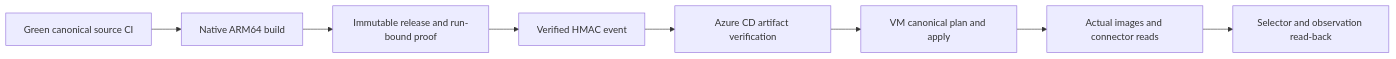
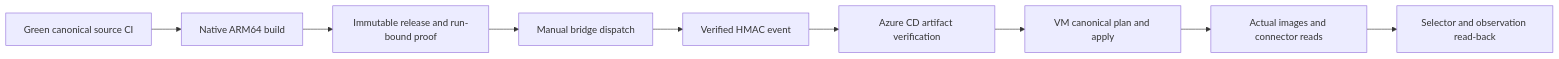
One commit to DoHorizon-AI/Cyrene-Workspace changed the diagram in tooling/deploy/teams-cloud/AUTOMATIC_DEPLOYMENT.md. Above: the diagram before and after it, drawn with Mermaid. The commit also changed other lines of this file and 3 other files, not shown here.

Commit message:
ci(workspace): make Teams cloud bridge manual-only

````diff
--- a/tooling/deploy/teams-cloud/AUTOMATIC_DEPLOYMENT.md
+++ b/tooling/deploy/teams-cloud/AUTOMATIC_DEPLOYMENT.md
@@ -11,10 +20,11 @@
 ```mermaid
 flowchart LR
   A[Green canonical source CI] --> B[Native ARM64 build]
   B --> C[Immutable release and run-bound proof]
-  C --> D[Verified HMAC event]
-  D --> E[Azure CD artifact verification]
-  E --> F[VM canonical plan and apply]
-  F --> G[Actual images and connector reads]
-  G --> H[Selector and observation read-back]
+  C --> D[Manual bridge dispatch]
+  D --> E[Verified HMAC event]
+  E --> F[Azure CD artifact verification]
+  F --> G[VM canonical plan and apply]
+  G --> H[Actual images and connector reads]
+  H --> I[Selector and observation read-back]
 ```
````
